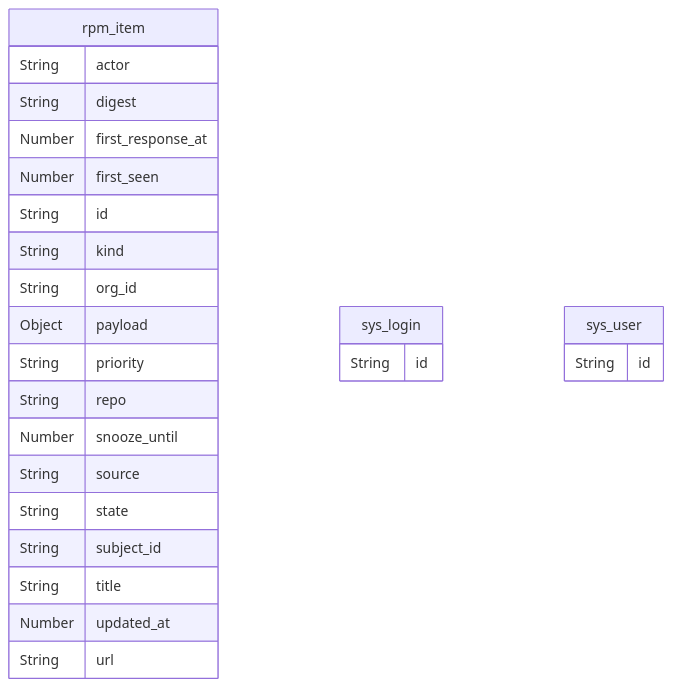
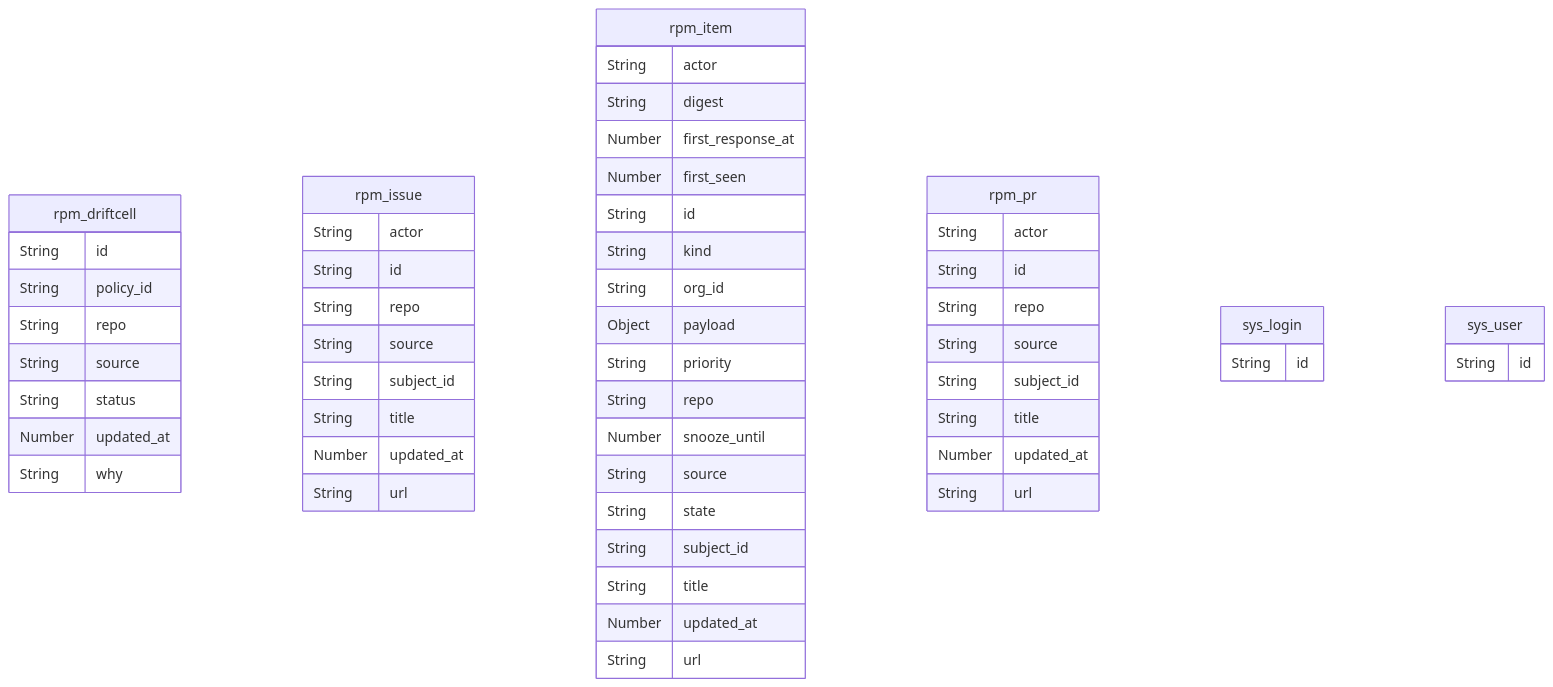
The diagram in docs/reference/entities.md (voxgig/repo-manager), drawn with Mermaid before and after one commit. The commit also changed other lines of this file and 10 other files, not shown here.

````diff
--- a/docs/reference/entities.md
+++ b/docs/reference/entities.md
@@ -12,28 +12,57 @@
 ```mermaid
 erDiagram
+  rpm_driftcell {
+    String id
+    String policy_id
+    String repo
+    String source
+    String status
+    Number updated_at
+    String why
+  }
+  rpm_issue {
+    String actor
+    String id
+    String repo
+    String source
+    String subject_id
+    String title
+    Number updated_at
+    String url
+  }
   rpm_item {
     String actor
     String digest
     Number first_response_at
     Number first_seen
     String id
     String kind
     String org_id
     Object payload
     String priority
     String repo
     Number snooze_until
     String source
     String state
     String subject_id
     String title
     Number updated_at
     String url
   }
+  rpm_pr {
+    String actor
+    String id
+    String repo
+    String source
+    String subject_id
+    String title
+    Number updated_at
+    String url
+  }
   sys_login {
     String id
   }
   sys_user {
     String id
   }
 ```
````
